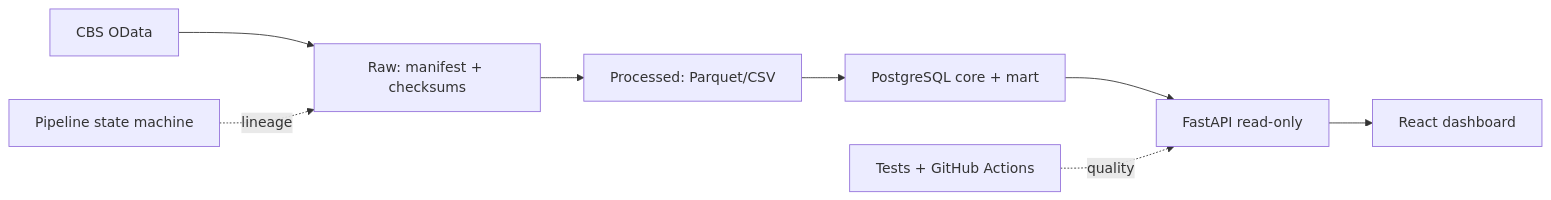
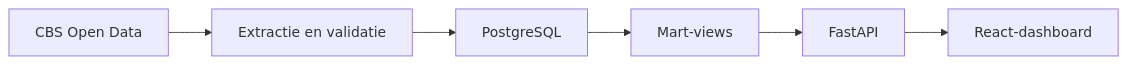
Before and after one commit to salahooo/gemeente-data-platform: the diagram in README.md, drawn with Mermaid. The commit also changed other lines of this file and 8 other files, not shown here.

````diff
--- a/README.md
+++ b/README.md
@@ -17,7 +17,5 @@
 ```mermaid
 flowchart LR
-  CBS[CBS OData] --> RAW[Raw: manifest + checksums] --> PROC[Processed: Parquet/CSV]
-  PROC --> DB[PostgreSQL core + mart] --> API[FastAPI read-only] --> UI[React dashboard]
-  ORCH[Pipeline state machine] -. lineage .-> RAW
-  CI[Tests + GitHub Actions] -. quality .-> API
+  CBS[CBS Open Data] --> ETL[Extractie en validatie] --> DB[PostgreSQL]
+  DB --> MART[Mart-views] --> API[FastAPI] --> UI[React-dashboard]
 ```
````
